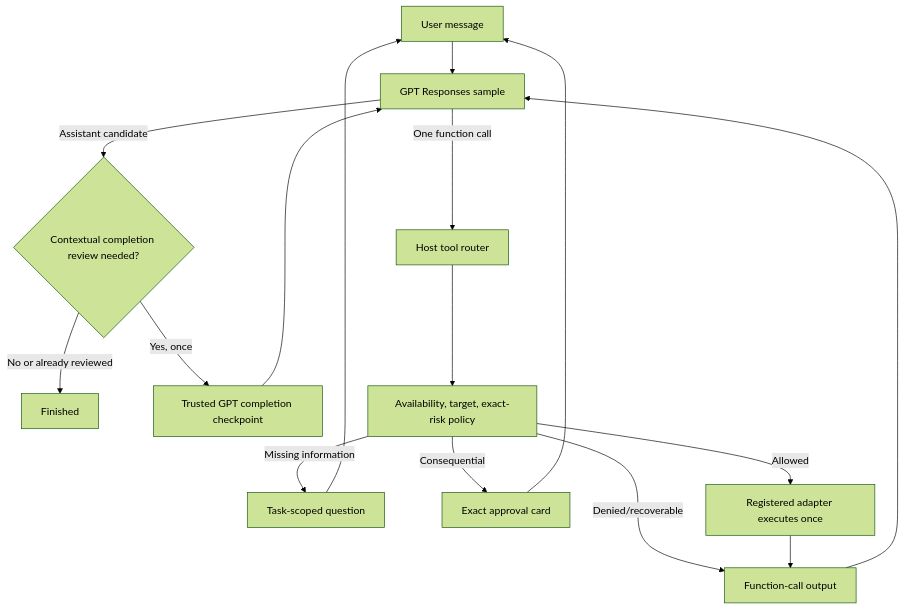
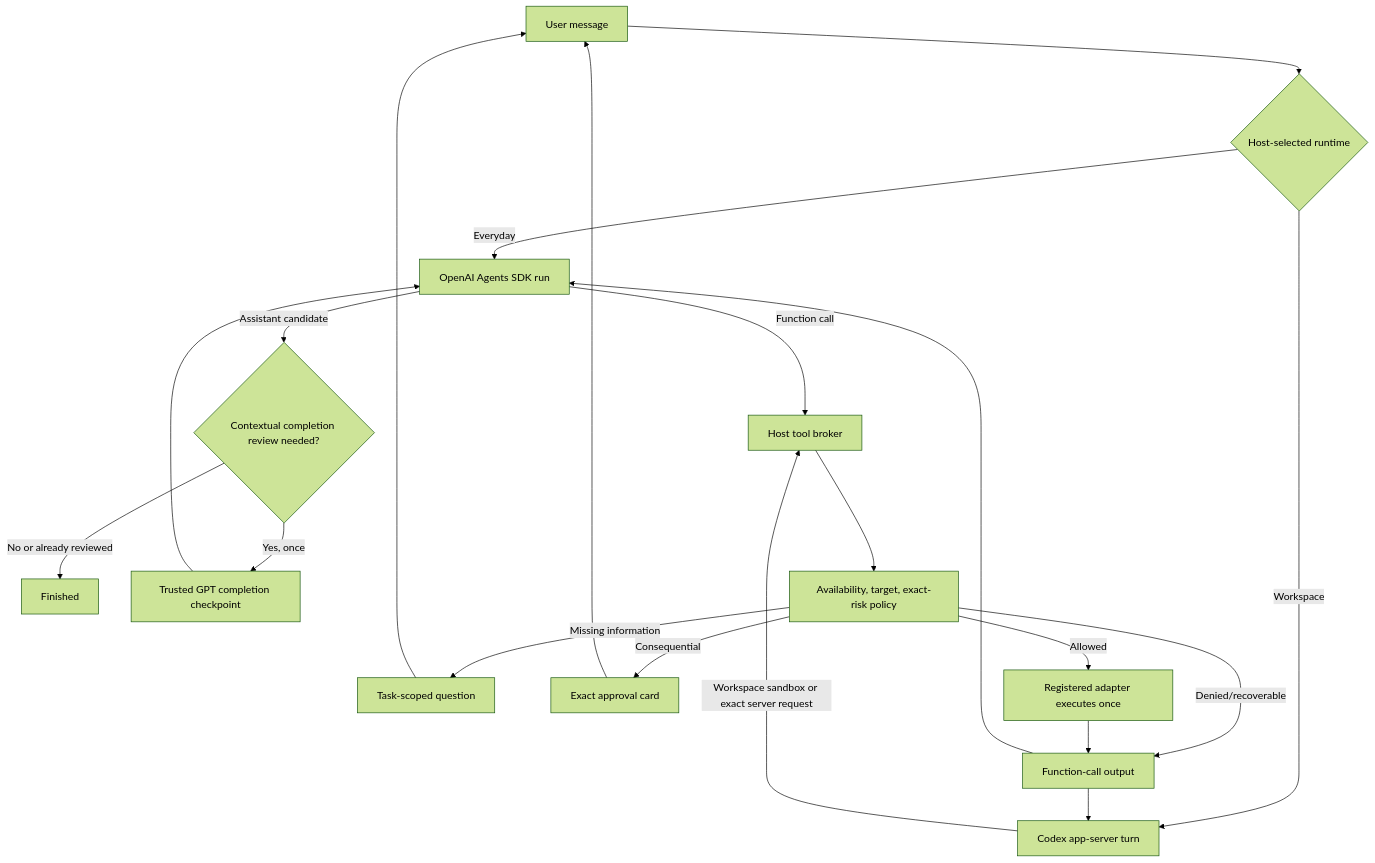
One commit to ducnguyen67201/TroCode changed the diagram in docs/conversational-task-execution.md. Above: the diagram before and after it, drawn with Mermaid (forest theme). The commit also changed other lines of this file and 103 other files, not shown here.

Commit message:
Port agent runtime to OpenAI Agents SDK

````diff
--- a/docs/conversational-task-execution.md
+++ b/docs/conversational-task-execution.md
@@ -10,18 +11,22 @@
 ```mermaid
 flowchart TD
-    USER["User message"] --> MODEL["GPT Responses sample"]
+    USER["User message"] --> RUNTIME{"Host-selected runtime"}
+    RUNTIME -->|"Everyday"| MODEL["OpenAI Agents SDK run"]
+    RUNTIME -->|"Workspace"| CODEX["Codex app-server turn"]
     MODEL -->|"Assistant candidate"| REVIEW{"Contextual completion review needed?"}
     REVIEW -->|"No or already reviewed"| DONE["Finished"]
     REVIEW -->|"Yes, once"| CHECK["Trusted GPT completion checkpoint"]
     CHECK --> MODEL
-    MODEL -->|"One function call"| ROUTER["Host tool router"]
+    MODEL -->|"Function call"| ROUTER["Host tool broker"]
     ROUTER --> POLICY["Availability, target, exact-risk policy"]
     POLICY -->|"Denied/recoverable"| OUTPUT["Function-call output"]
     POLICY -->|"Missing information"| ASK["Task-scoped question"]
     POLICY -->|"Consequential"| APPROVE["Exact approval card"]
     POLICY -->|"Allowed"| EXECUTE["Registered adapter executes once"]
     ASK --> USER
     APPROVE --> USER
     EXECUTE --> OUTPUT
     OUTPUT --> MODEL
+    CODEX -->|"Workspace sandbox or exact server request"| ROUTER
+    OUTPUT --> CODEX
 ```
````
